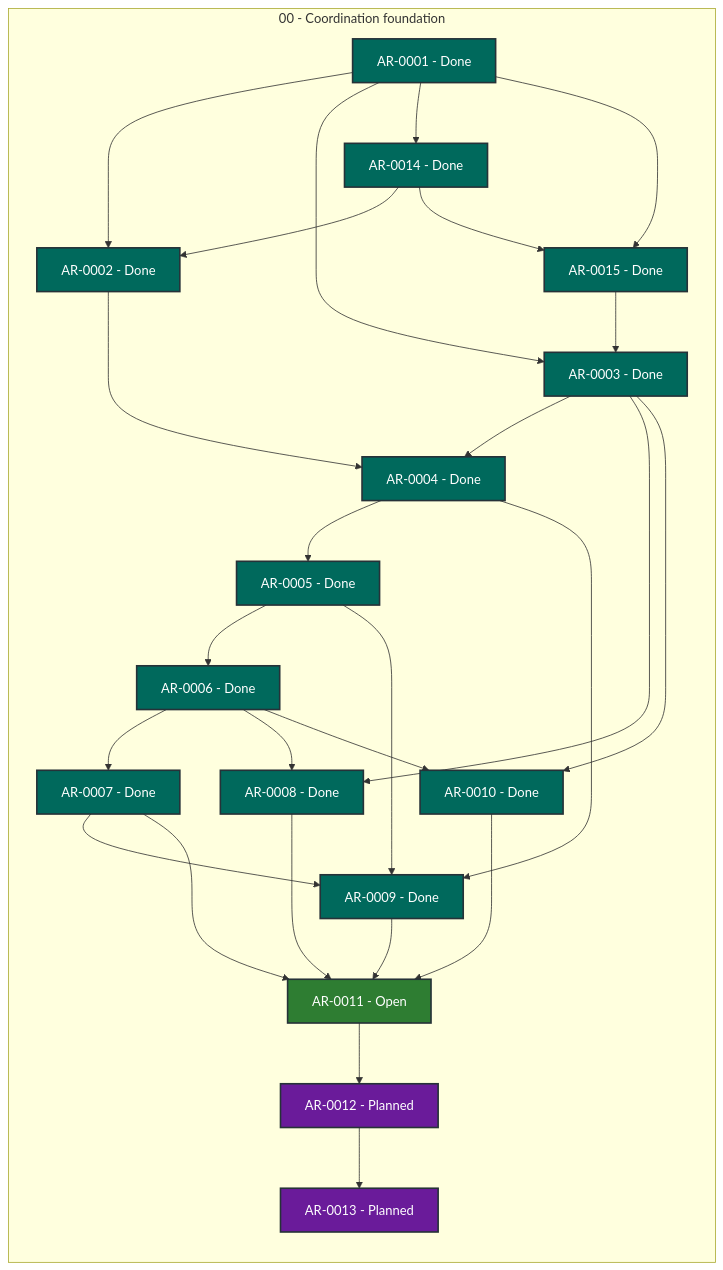
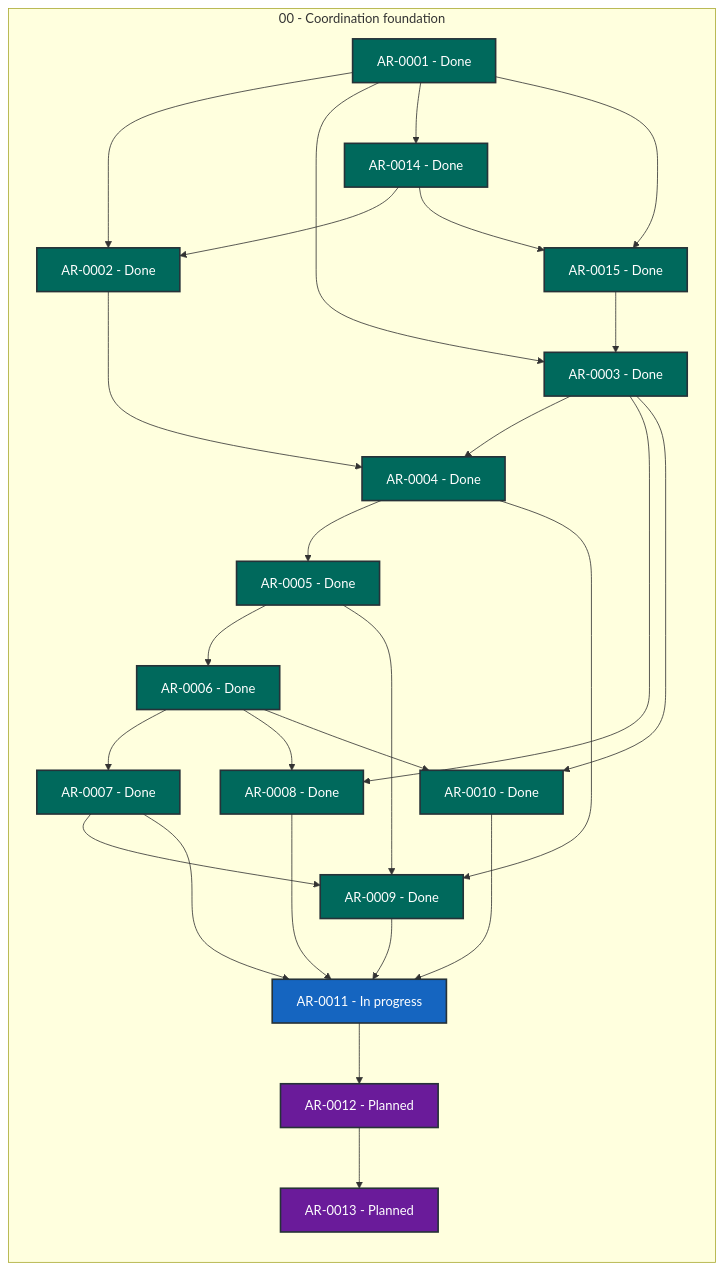
One commit to martin-beck/agent-workflow-tui-state changed the diagram in STATUS.md. Above: the diagram before and after it, drawn with Mermaid. The commit also changed other lines of this file and 2 other files, not shown here.

````diff
--- a/STATUS.md
+++ b/STATUS.md
@@ -27,54 +27,54 @@
 ```mermaid
 flowchart LR
     subgraph series_00["00 - Coordination foundation"]
         direction TB
         AR_0001["AR-0001 - Done"]:::status_done
         AR_0002["AR-0002 - Done"]:::status_done
         AR_0003["AR-0003 - Done"]:::status_done
         AR_0004["AR-0004 - Done"]:::status_done
         AR_0005["AR-0005 - Done"]:::status_done
         AR_0006["AR-0006 - Done"]:::status_done
         AR_0007["AR-0007 - Done"]:::status_done
         AR_0008["AR-0008 - Done"]:::status_done
         AR_0009["AR-0009 - Done"]:::status_done
         AR_0010["AR-0010 - Done"]:::status_done
-        AR_0011["AR-0011 - Open"]:::status_open
+        AR_0011["AR-0011 - In progress"]:::status_in_progress
         AR_0012["AR-0012 - Planned"]:::status_planned
         AR_0013["AR-0013 - Planned"]:::status_planned
         AR_0014["AR-0014 - Done"]:::status_done
         AR_0015["AR-0015 - Done"]:::status_done
     end
     AR_0001 --> AR_0002
     AR_0001 --> AR_0003
     AR_0001 --> AR_0014
     AR_0001 --> AR_0015
     AR_0002 --> AR_0004
     AR_0003 --> AR_0004
     AR_0003 --> AR_0008
     AR_0003 --> AR_0010
     AR_0004 --> AR_0005
     AR_0004 --> AR_0009
     AR_0005 --> AR_0006
     AR_0005 --> AR_0009
     AR_0006 --> AR_0007
     AR_0006 --> AR_0008
     AR_0006 --> AR_0010
     AR_0007 --> AR_0009
     AR_0007 --> AR_0011
     AR_0008 --> AR_0011
     AR_0009 --> AR_0011
     AR_0010 --> AR_0011
     AR_0011 --> AR_0012
     AR_0012 --> AR_0013
     AR_0014 --> AR_0002
     AR_0014 --> AR_0015
     AR_0015 --> AR_0003
     classDef status_in_progress fill:#1565c0,color:#ffffff,stroke:#263238,stroke-width:2px
     classDef status_open fill:#2e7d32,color:#ffffff,stroke:#263238,stroke-width:2px
     classDef status_blocked fill:#c62828,color:#ffffff,stroke:#263238,stroke-width:2px
     classDef status_planned fill:#6a1b9a,color:#ffffff,stroke:#263238,stroke-width:2px
     classDef status_future fill:#455a64,color:#ffffff,stroke:#263238,stroke-width:2px
     classDef status_done fill:#00695c,color:#ffffff,stroke:#263238,stroke-width:2px
     classDef status_cancelled fill:#616161,color:#ffffff,stroke:#263238,stroke-width:2px
     classDef status_superseded fill:#5d4037,color:#ffffff,stroke:#263238,stroke-width:2px
 ```
````
